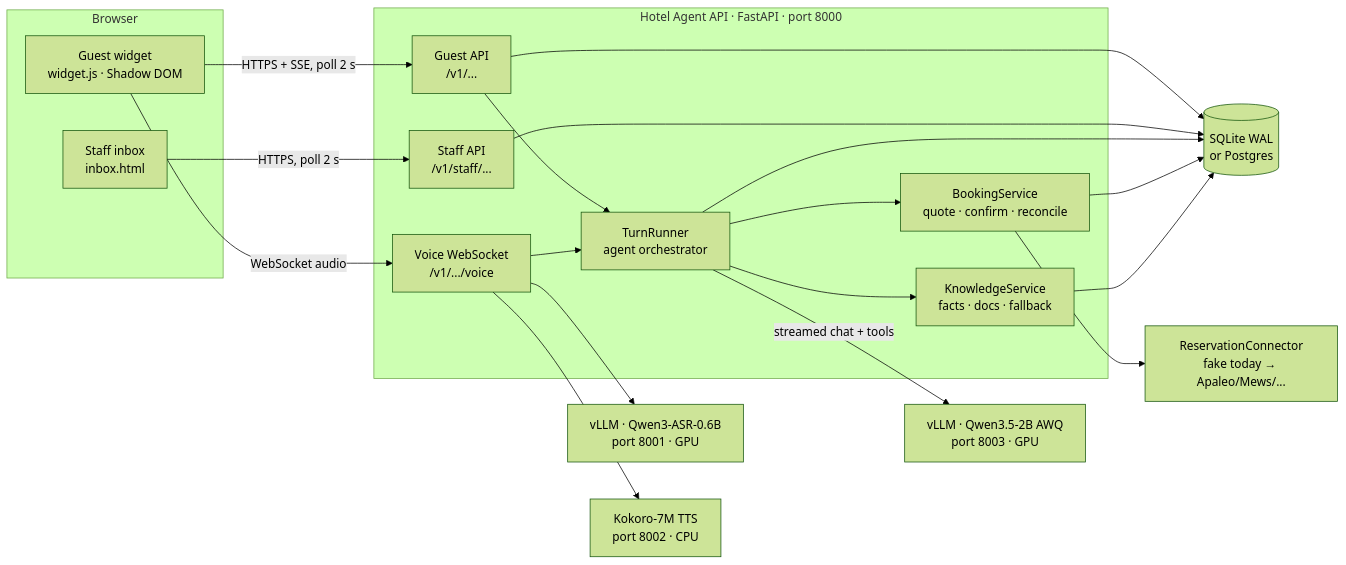
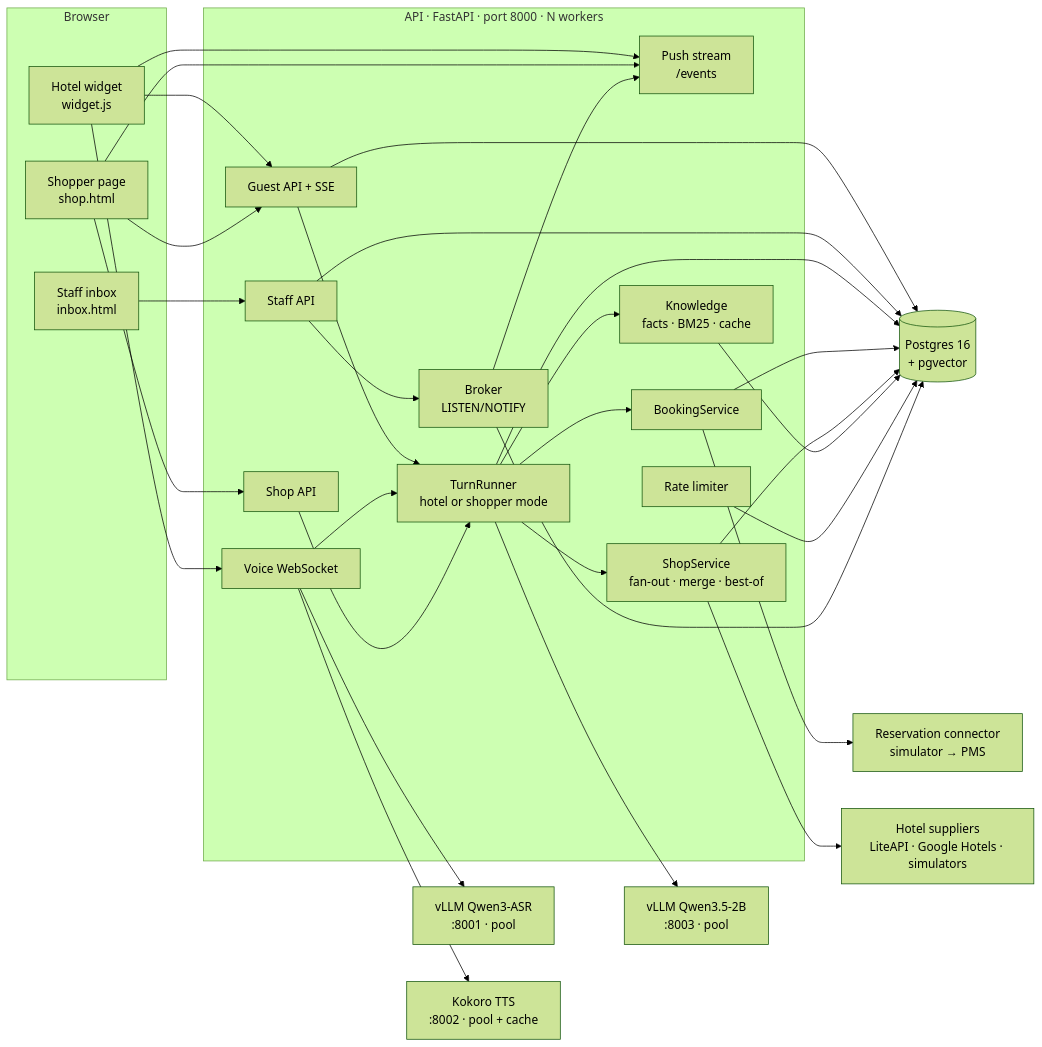
One commit to YACIINE105/hotel_agent changed the first of 2 diagrams in ARCHITECTURE.md. Above: the diagram before and after it, drawn with Mermaid (forest theme). The commit also changed other lines of this file and 4 other files, not shown here.

First line of the commit message:
perf+docs: skip area documents when a fact answers; relevance gates; architecture update

````diff
--- a/ARCHITECTURE.md
+++ b/ARCHITECTURE.md
@@ -11,33 +14,38 @@
 ```mermaid
 flowchart LR
     subgraph Browser
-      W[Guest widget<br/>widget.js · Shadow DOM]
+      W[Hotel widget<br/>widget.js]
+      SH[Shopper page<br/>shop.html]
       I[Staff inbox<br/>inbox.html]
     end
-    subgraph API["Hotel Agent API · FastAPI · port 8000"]
-      G[Guest API<br/>/v1/...]
-      V[Voice WebSocket<br/>/v1/.../voice]
-      S[Staff API<br/>/v1/staff/...]
-      O[TurnRunner<br/>agent orchestrator]
-      B[BookingService<br/>quote · confirm · reconcile]
-      K[KnowledgeService<br/>facts · docs · fallback]
+    subgraph API["API · FastAPI · port 8000 · N workers"]
+      G[Guest API + SSE]
+      E[Push stream<br/>/events]
+      V[Voice WebSocket]
+      S[Staff API]
+      SHA[Shop API]
+      O[TurnRunner<br/>hotel or shopper mode]
+      B[BookingService]
+      SS[ShopService<br/>fan-out · merge · best-of]
+      K[Knowledge<br/>facts · BM25 · cache]
+      RL[Rate limiter]
+      BR[Broker<br/>LISTEN/NOTIFY]
     end
-    DB[(SQLite WAL<br/>or Postgres)]
-    LLM[vLLM · Qwen3.5-2B AWQ<br/>port 8003 · GPU]
-    ASR[vLLM · Qwen3-ASR-0.6B<br/>port 8001 · GPU]
-    TTS[Kokoro-7M TTS<br/>port 8002 · CPU]
-    C[ReservationConnector<br/>fake today → Apaleo/Mews/...]
+    PG[(Postgres 16<br/>+ pgvector)]
+    LLM[vLLM Qwen3.5-2B<br/>:8003 · pool]
+    ASR[vLLM Qwen3-ASR<br/>:8001 · pool]
+    TTS[Kokoro TTS<br/>:8002 · pool + cache]
+    C[Reservation connector<br/>simulator → PMS]
+    SUP[Hotel suppliers<br/>LiteAPI · Google Hotels · simulators]
 
-    W -- HTTPS + SSE, poll 2 s --> G
-    W -- WebSocket audio --> V
-    I -- HTTPS, poll 2 s --> S
-    G --> O
-    V --> ASR
-    V --> O
-    V --> TTS
-    O --> K
-    O --> B
-    O -- streamed chat + tools --> LLM
+    W --> G & E & V
+    SH --> G & SHA & E
+    I --> S
+    G & V & SHA --> O
+    V --> ASR & TTS
+    O --> K & B & SS & LLM
     B --> C
-    G & S & O & B & K --> DB
+    SS --> SUP
+    S --> BR --> E
+    G & S & O & B & SS & K & RL & BR --> PG
 ```
````
